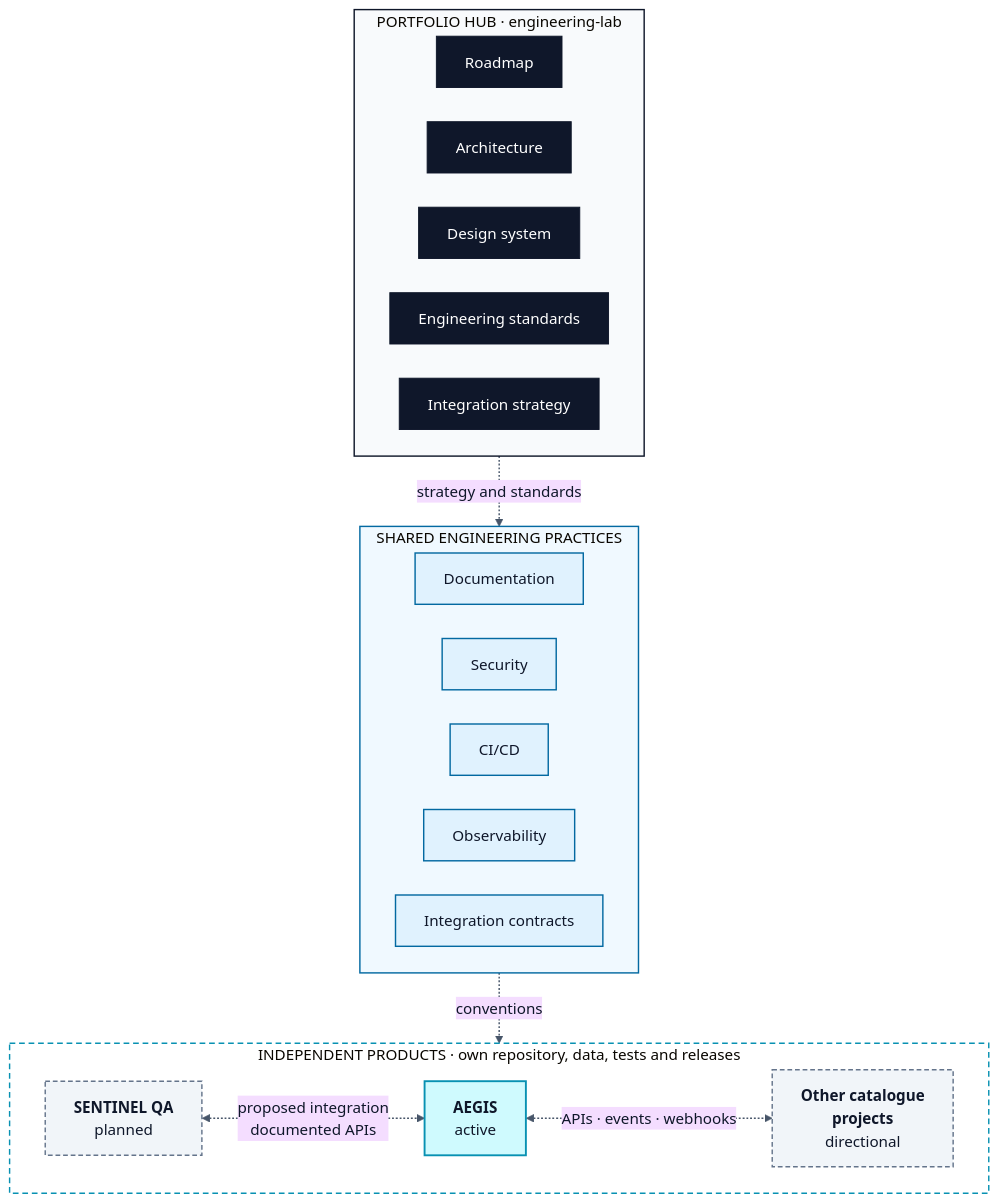
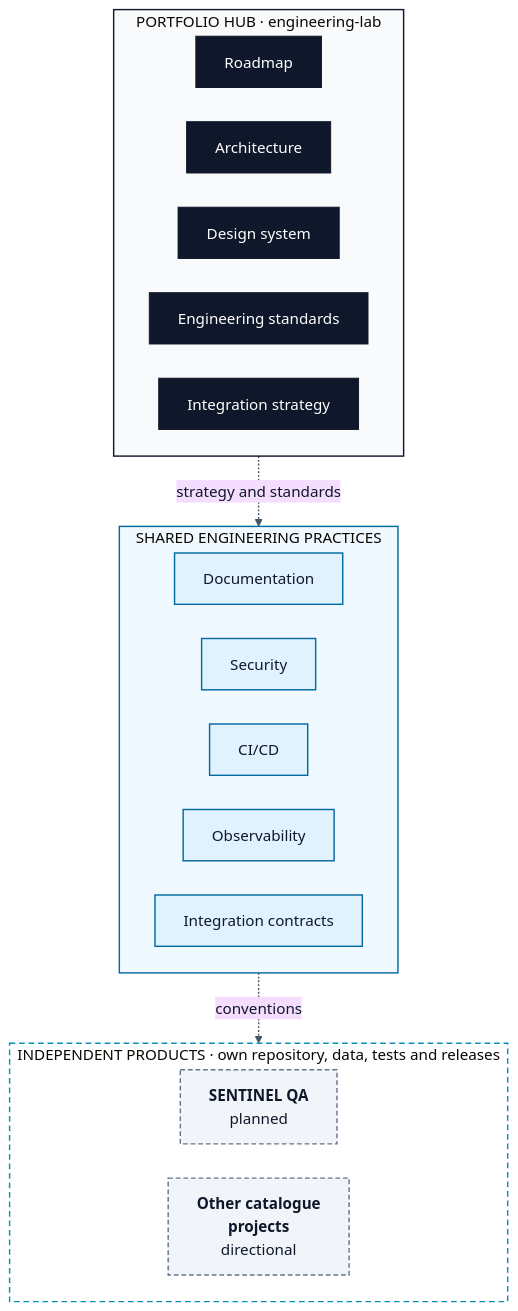
The second of 2 diagrams in README.md (Nomusa990822/engineering-lab), drawn with Mermaid before and after one commit. The commit also changed other lines of this file, not shown here.

Commit message:
Remove AEGIS material from Engineering Lab

````diff
--- a/README.md
+++ b/README.md
@@ -153,54 +137,49 @@
 ```mermaid
 %%{init: {
   "theme": "base",
   "themeVariables": {
     "fontFamily": "Inter, Segoe UI, Helvetica, Arial, sans-serif",
     "primaryTextColor": "#0f172a",
     "lineColor": "#475569"
   },
   "flowchart": { "curve": "basis", "nodeSpacing": 36, "rankSpacing": 50, "htmlLabels": true }
 }}%%
 flowchart TB
     subgraph HUB["&nbsp;PORTFOLIO HUB · engineering-lab&nbsp;"]
         direction LR
         H1["Roadmap"]
         H2["Architecture"]
         H3["Design system"]
         H4["Engineering standards"]
         H5["Integration strategy"]
     end
 
     subgraph PRACTICES["&nbsp;SHARED ENGINEERING PRACTICES&nbsp;"]
         direction LR
         P1["Documentation"]
         P2["Security"]
         P3["CI/CD"]
         P4["Observability"]
         P5["Integration contracts"]
     end
 
     subgraph PRODUCTS["&nbsp;INDEPENDENT PRODUCTS · own repository, data, tests and releases&nbsp;"]
         direction LR
-        A["<b>AEGIS</b><br/>active"]
         Q["<b>SENTINEL QA</b><br/>planned"]
         O["<b>Other catalogue<br/>projects</b><br/>directional"]
     end
 
     HUB -. "strategy and standards" .-> PRACTICES
     PRACTICES -. "conventions" .-> PRODUCTS
-    Q <-. "proposed integration<br/>documented APIs" .-> A
-    A <-. "APIs · events · webhooks" .-> O
 
     classDef hub    fill:#0f172a,stroke:#0f172a,color:#ffffff;
     classDef prac   fill:#e0f2fe,stroke:#0369a1,stroke-width:1.5px,color:#0f172a;
-    classDef active fill:#cffafe,stroke:#0891b2,stroke-width:2px,color:#0f172a;
     classDef plan   fill:#f1f5f9,stroke:#64748b,stroke-width:1.5px,stroke-dasharray: 5 3,color:#0f172a;
     class H1,H2,H3,H4,H5 hub;
     class P1,P2,P3,P4,P5 prac;
-    class A active;
     class Q,O plan;
     style HUB       fill:#f8fafc,stroke:#0f172a,stroke-width:1.5px
     style PRACTICES fill:#f0f9ff,stroke:#0369a1,stroke-width:1.5px
     style PRODUCTS  fill:#ffffff,stroke:#0891b2,stroke-width:1.5px,stroke-dasharray: 6 4
     linkStyle default stroke:#475569,stroke-width:1.5px
 ```
````
